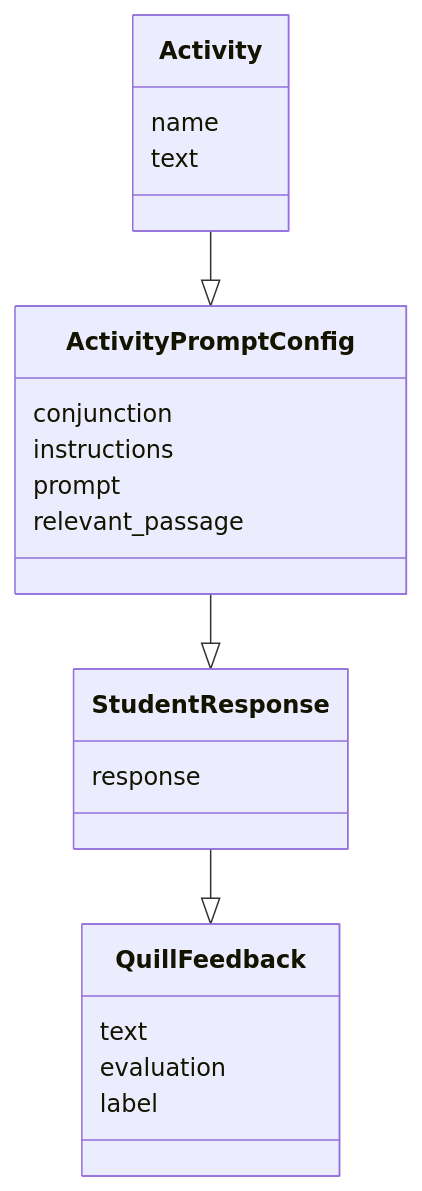
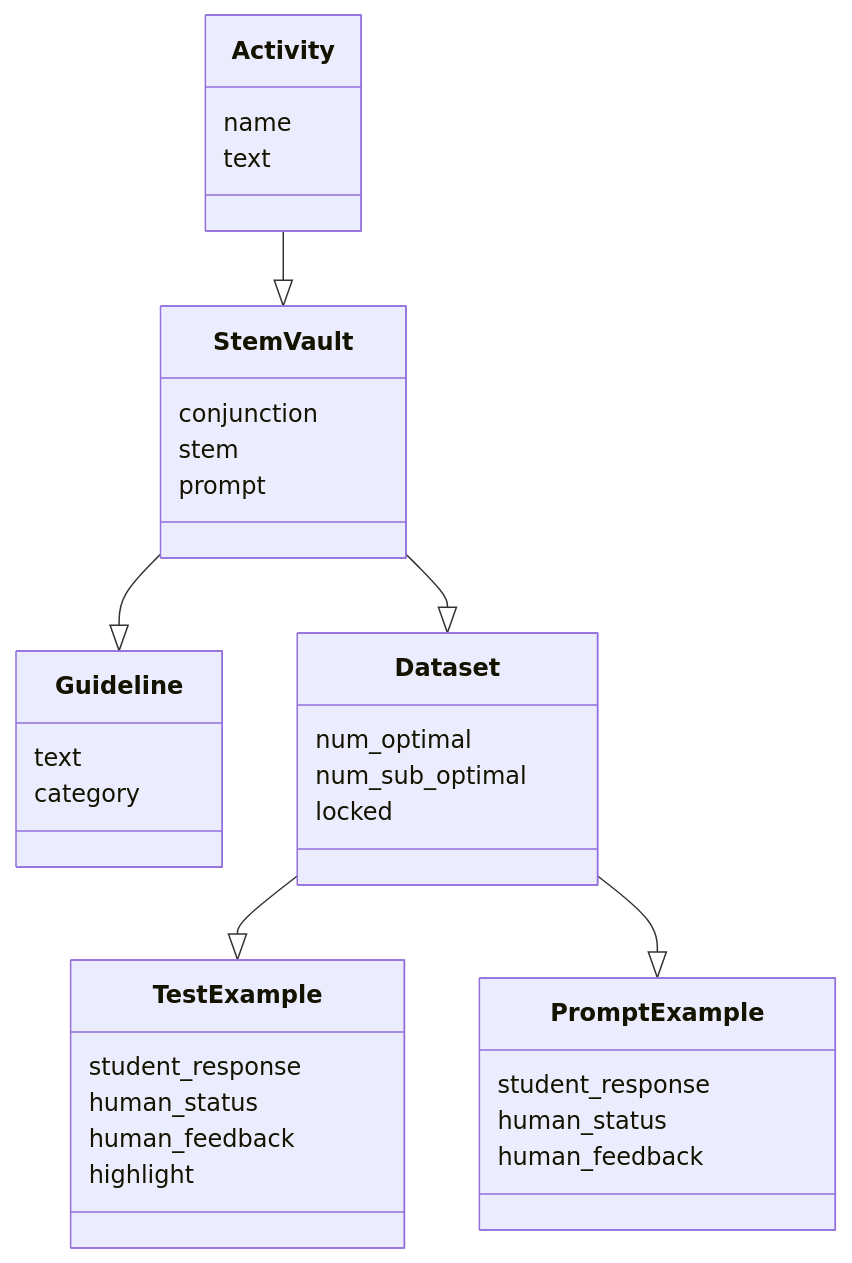
The first of 4 diagrams in services/QuillLMS/engines/evidence/app/models/evidence/research/readme.md (empirical-org/Empirical-Core), drawn with Mermaid before and after one commit. The commit also changed other lines of this file and 86 other files, not shown here.

````diff
--- a/services/QuillLMS/engines/evidence/app/models/evidence/research/readme.md
+++ b/services/QuillLMS/engines/evidence/app/models/evidence/research/readme.md
@@ -5,24 +5,37 @@
 ```mermaid
 classDiagram
     class Activity {
          name
          text
     }
-    class ActivityPromptConfig {
+    class StemVault {
          conjunction
-         instructions
+         stem
          prompt
-         relevant_passage
     }
-    class StudentResponse {
-         response
+    class Guideline {
+     text
+     category
     }
-    class QuillFeedback {
-         text
-         evaluation
-         label
+    class Dataset {
+          num_optimal
+          num_sub_optimal
+          locked
     }
-    Activity --|> ActivityPromptConfig
-    ActivityPromptConfig --|> StudentResponse
-    StudentResponse --|> QuillFeedback
+    class TestExample {
+          student_response
+          human_status
+          human_feedback
+          highlight
+    }
+    class PromptExample {
+          student_response
+          human_status
+          human_feedback
+    }
+    Activity --|> StemVault
+    StemVault --|> Guideline
+    StemVault --|> Dataset
+    Dataset --|> TestExample
+    Dataset --|> PromptExample
 ```
````
